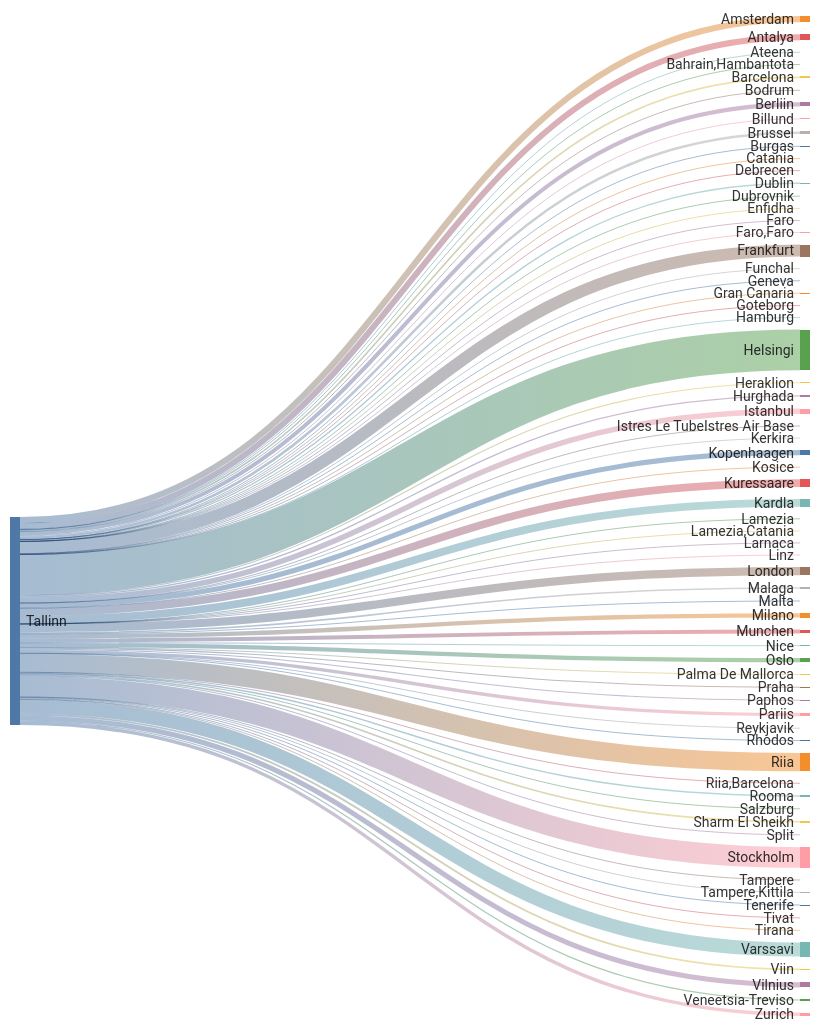
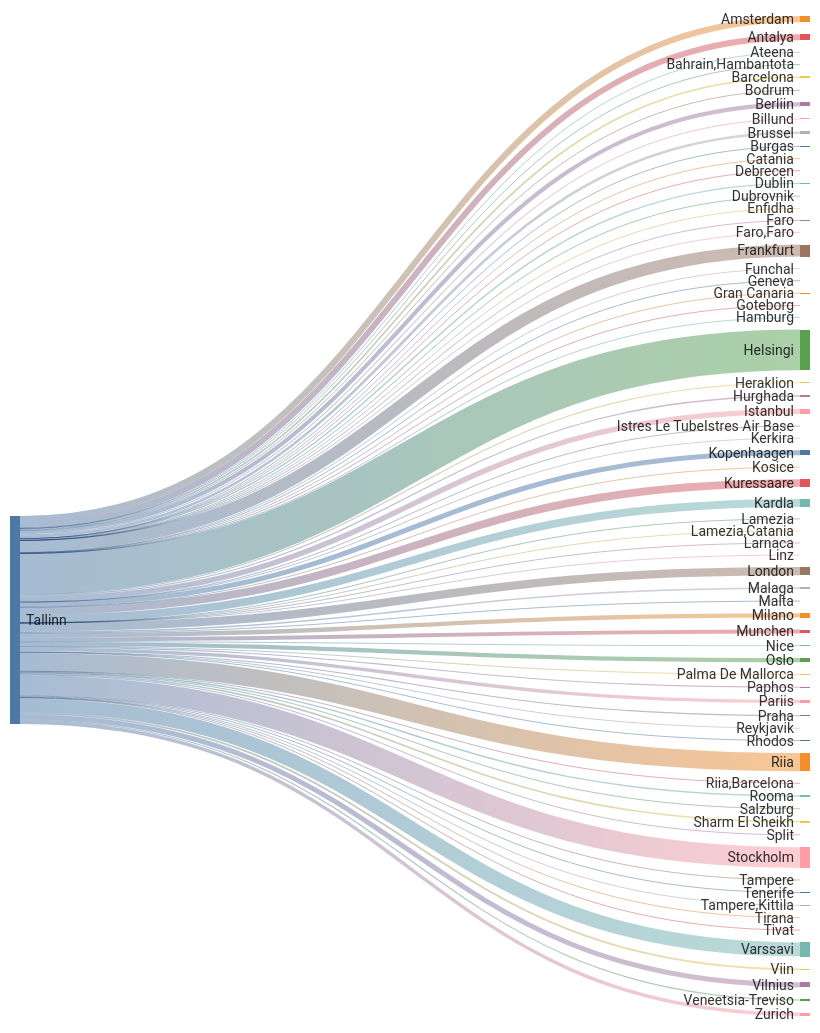
One commit to rainermesi/tll-airport-departures changed the second of 2 diagrams in README.md. Above: the diagram before and after it, drawn with Mermaid. The commit also changed other lines of this file and 1 other file, not shown here.

````diff
--- a/README.md
+++ b/README.md
@@ -34,80 +34,80 @@
 ```mermaid
 ---
 config:
   sankey:
     showValues: false
     width: 800
     height: 1000
 ---
 sankey-beta
 %% source,target,value
-Tallinn,Amsterdam,359
-Tallinn,Antalya,347
+Tallinn,Amsterdam,361
+Tallinn,Antalya,348
 Tallinn,Ateena,16
 Tallinn,"Bahrain,Hambantota",1
-Tallinn,Barcelona,99
+Tallinn,Barcelona,101
 Tallinn,Berliin,236
-Tallinn,Billund,58
+Tallinn,Billund,59
 Tallinn,Bodrum,11
-Tallinn,Brussel,152
+Tallinn,Brussel,153
 Tallinn,Burgas,32
 Tallinn,Catania,2
 Tallinn,Debrecen,1
 Tallinn,Dublin,77
 Tallinn,Dubrovnik,21
 Tallinn,Enfidha,7
 Tallinn,Faro,4
 Tallinn,"Faro,Faro",1
-Tallinn,Frankfurt,701
+Tallinn,Frankfurt,703
 Tallinn,Funchal,5
 Tallinn,Geneva,13
 Tallinn,Gran Canaria,38
 Tallinn,Goteborg,1
 Tallinn,Hamburg,2
-Tallinn,Helsingi,2362
-Tallinn,Heraklion,64
+Tallinn,Helsingi,2373
+Tallinn,Heraklion,65
 Tallinn,Hurghada,75
-Tallinn,Istanbul,315
+Tallinn,Istanbul,316
 Tallinn,Istres Le TubeIstres Air Base,2
 Tallinn,Kerkira,4
-Tallinn,Kopenhaagen,293
+Tallinn,Kopenhaagen,294
 Tallinn,Kosice,1
-Tallinn,Kuressaare,455
-Tallinn,Kardla,455
+Tallinn,Kuressaare,457
+Tallinn,Kardla,457
 Tallinn,Lamezia,1
 Tallinn,"Lamezia,Catania",3
 Tallinn,Larnaca,4
 Tallinn,Linz,2
-Tallinn,London,480
-Tallinn,Malaga,92
+Tallinn,London,482
+Tallinn,Malaga,93
 Tallinn,Malta,20
 Tallinn,Milano,254
 Tallinn,Munchen,223
 Tallinn,Nice,34
 Tallinn,Oslo,247
 Tallinn,Palma De Mallorca,24
 Tallinn,Paphos,66
 Tallinn,Pariis,196
 Tallinn,Praha,62
 Tallinn,Reykjavik,2
 Tallinn,Rhodos,42
-Tallinn,Riia,1064
+Tallinn,Riia,1069
 Tallinn,"Riia,Barcelona",1
 Tallinn,Rooma,80
 Tallinn,Salzburg,14
 Tallinn,Sharm El Sheikh,95
 Tallinn,Split,35
-Tallinn,Stockholm,1205
+Tallinn,Stockholm,1210
 Tallinn,Tampere,17
 Tallinn,"Tampere,Kittila",21
 Tallinn,Tenerife,58
 Tallinn,Tirana,15
 Tallinn,Tivat,40
-Tallinn,Varssavi,818
+Tallinn,Varssavi,821
 Tallinn,Veneetsia-Treviso,67
 Tallinn,Viin,106
-Tallinn,Vilnius,293
-Tallinn,Zurich,201
+Tallinn,Vilnius,294
+Tallinn,Zurich,202
 
 
 ```
````
